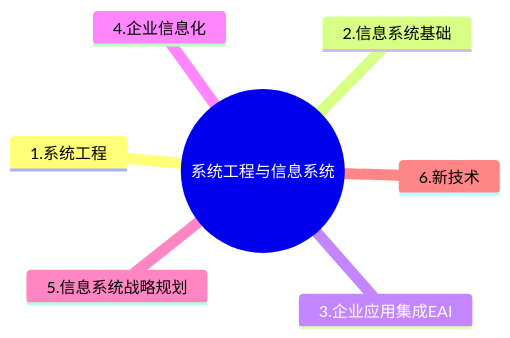
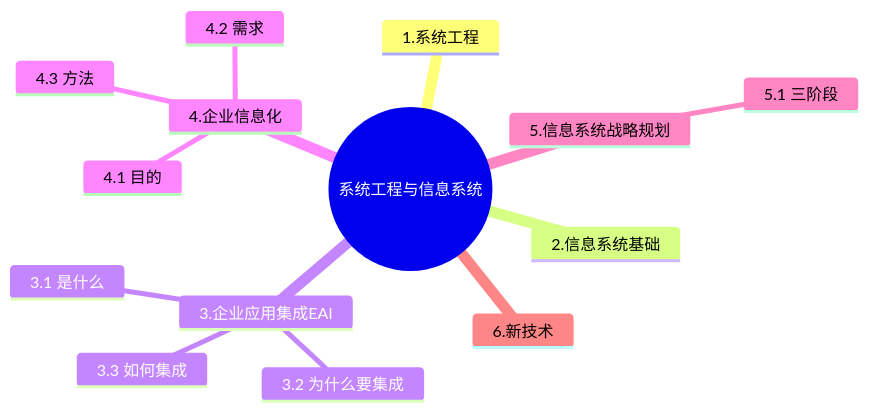
Before and after one commit to AaronYang0628/docs: the diagram in content/RunKao/notes/Enterprise_Infomatization.md, drawn with Mermaid. The commit also changed other lines of this file and 5 other files, not shown here.

````diff
--- a/content/RunKao/notes/Enterprise_Infomatization.md
+++ b/content/RunKao/notes/Enterprise_Infomatization.md
@@ -7,10 +7,17 @@
 ```mermaid
 mindmap
   root((系统工程与信息系统))
     1.系统工程
     2.信息系统基础
     3.企业应用集成EAI
+      3.1 是什么
+      3.2 为什么要集成
+      3.3 如何集成
     4.企业信息化
+      4.1 目的
+      4.2 需求
+      4.3 方法
     5.信息系统战略规划
+      5.1 三阶段
     6.新技术
 ```
````
